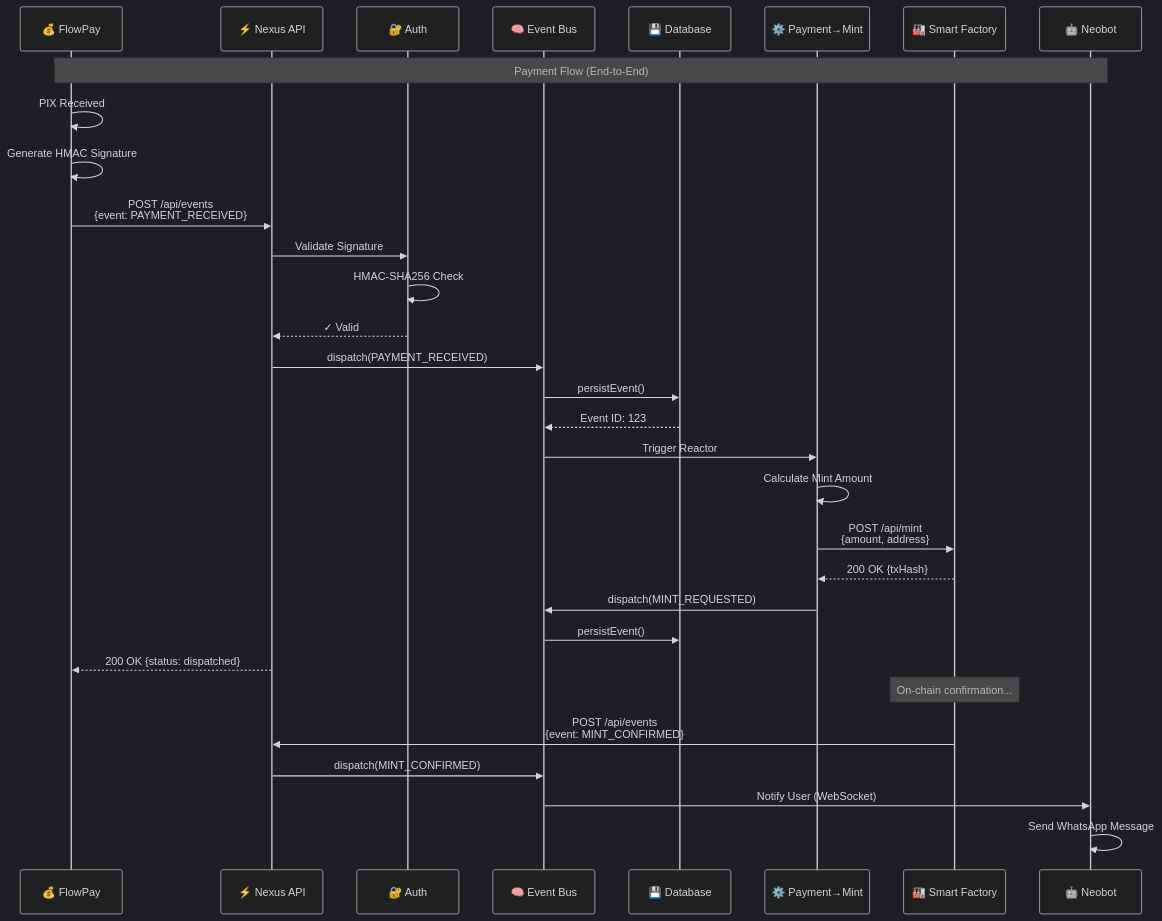
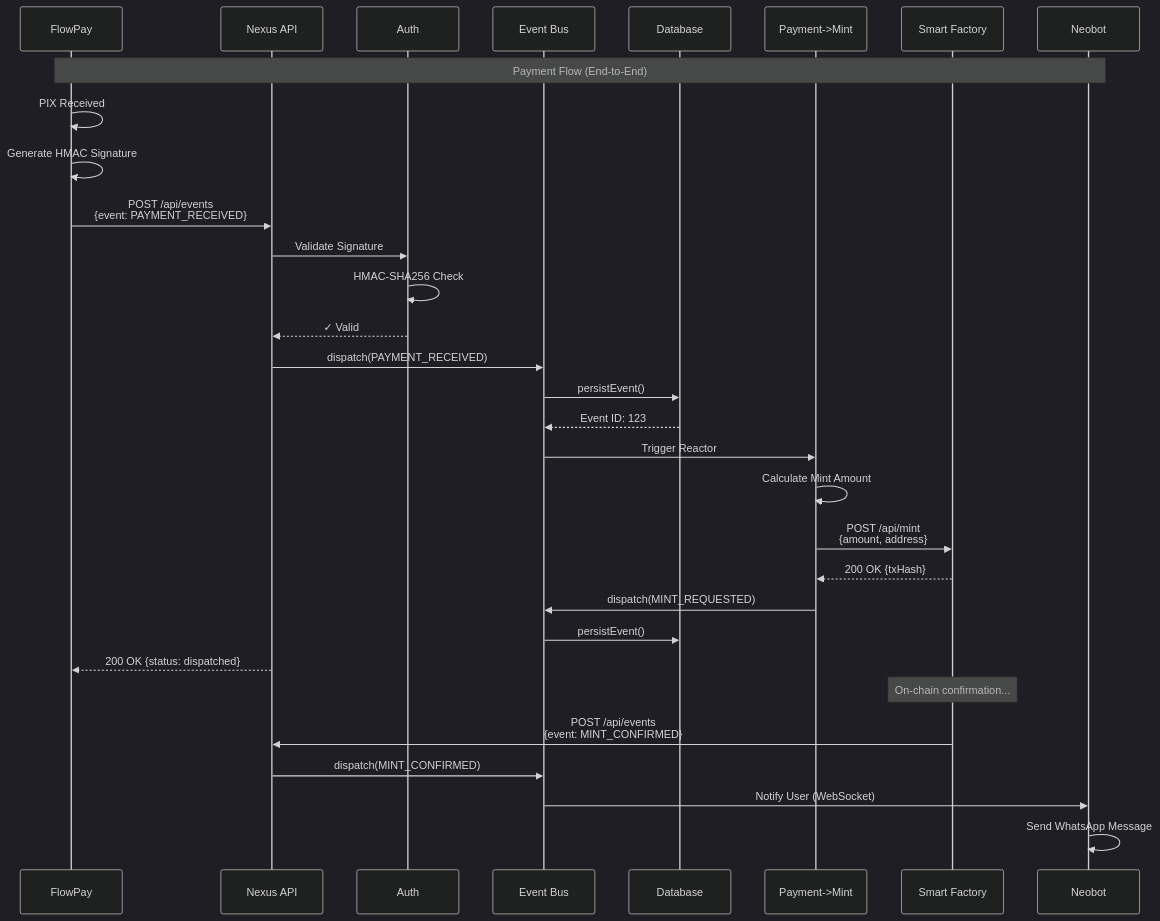
One commit to NEO-PROTOCOL/neo-nexus changed the second of 5 diagrams in docs/ARCHITECTURE_DIAGRAM.md. Above: the diagram before and after it, drawn with Mermaid (dark theme). The commit also changed other lines of this file and 16 other files, not shown here.

Commit message:
chore: organize docs structure and update diagram visual identity

````diff
--- a/docs/ARCHITECTURE_DIAGRAM.md
+++ b/docs/ARCHITECTURE_DIAGRAM.md
@@ -107,42 +111,42 @@
 ```mermaid
 sequenceDiagram
-    participant FP as 💰 FlowPay
-    participant NX as ⚡ Nexus API
-    participant AU as 🔐 Auth
-    participant EB as 🧠 Event Bus
-    participant DB as 💾 Database
-    participant R1 as ⚙️ Payment→Mint
-    participant SF as 🏭 Smart Factory
-    participant NB as 🤖 Neobot
+    participant FP as FlowPay
+    participant NX as Nexus API
+    participant AU as Auth
+    participant EB as Event Bus
+    participant DB as Database
+    participant R1 as Payment->Mint
+    participant SF as Smart Factory
+    participant NB as Neobot
 
     Note over FP,NB: Payment Flow (End-to-End)
     
     FP->>FP: PIX Received
     FP->>FP: Generate HMAC Signature
     FP->>NX: POST /api/events<br/>{event: PAYMENT_RECEIVED}
     
     NX->>AU: Validate Signature
     AU->>AU: HMAC-SHA256 Check
     AU-->>NX: ✓ Valid
     
     NX->>EB: dispatch(PAYMENT_RECEIVED)
     EB->>DB: persistEvent()
     DB-->>EB: Event ID: 123
     
     EB->>R1: Trigger Reactor
     R1->>R1: Calculate Mint Amount
     R1->>SF: POST /api/mint<br/>{amount, address}
     SF-->>R1: 200 OK {txHash}
     
     R1->>EB: dispatch(MINT_REQUESTED)
     EB->>DB: persistEvent()
     
     NX-->>FP: 200 OK {status: dispatched}
     
     Note over SF: On-chain confirmation...
     
     SF->>NX: POST /api/events<br/>{event: MINT_CONFIRMED}
     NX->>EB: dispatch(MINT_CONFIRMED)
     EB->>NB: Notify User (WebSocket)
     NB->>NB: Send WhatsApp Message
 ```
````
